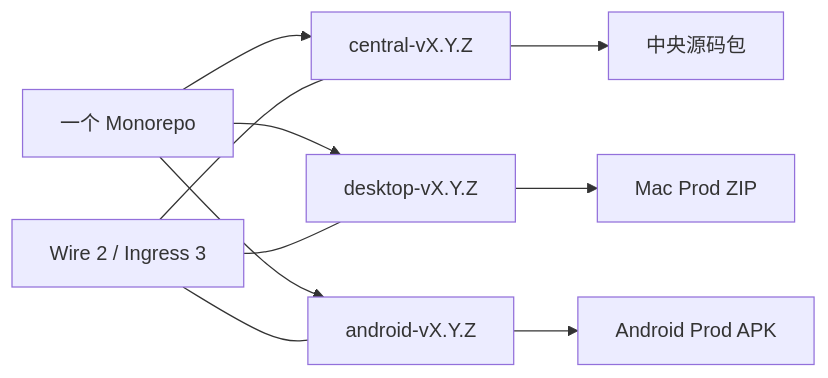
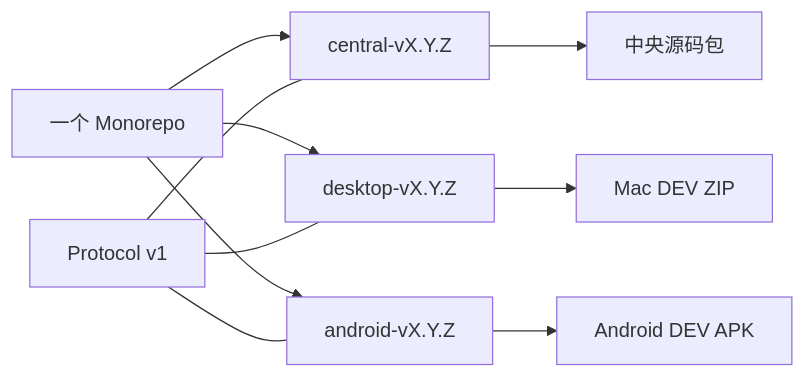
The diagram in docs/release-architecture.md (takenplan/mote), drawn with Mermaid before and after one commit. The commit also changed other lines of this file and 2031 other files, not shown here.

````diff
--- a/docs/release-architecture.md
+++ b/docs/release-architecture.md
@@ -14,12 +14,12 @@
 ```mermaid
 flowchart LR
   Repo[一个 Monorepo] --> Central[central-vX.Y.Z]
   Repo --> Desktop[desktop-vX.Y.Z]
   Repo --> Android[android-vX.Y.Z]
   Central --> Source[中央源码包]
-  Desktop --> ZIP[Mac Prod ZIP]
-  Android --> APK[Android Prod APK]
-  Contract[Wire 2 / Ingress 3] --- Central
+  Desktop --> ZIP[Mac DEV ZIP]
+  Android --> APK[Android DEV APK]
+  Contract[Protocol v1] --- Central
   Contract --- Desktop
   Contract --- Android
 ```
````
